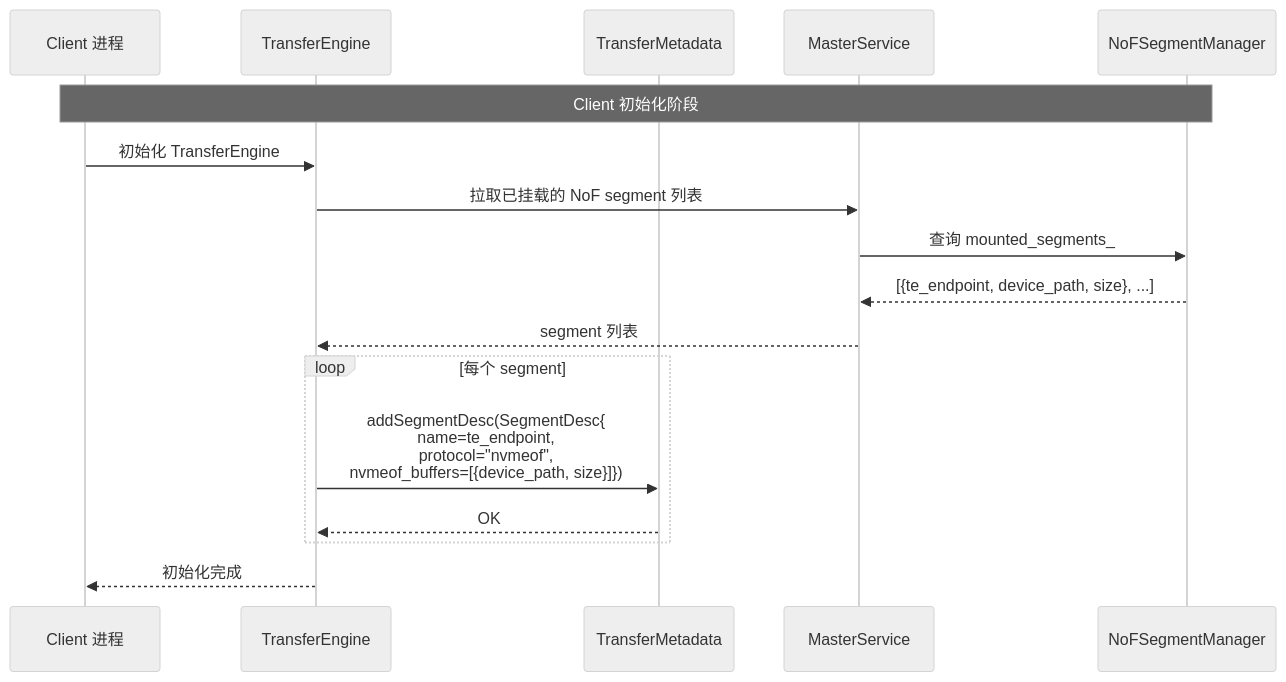
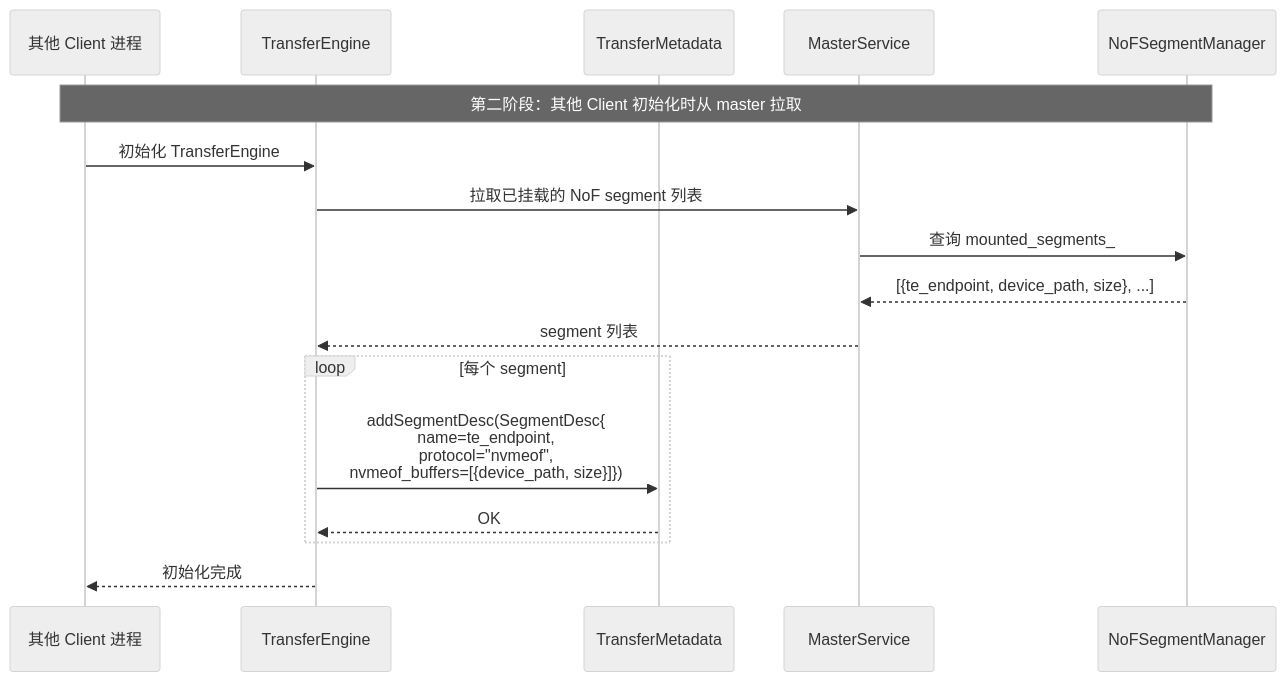
Before and after one commit to yz53665/Mooncake: diagram 15 of 18 in docs/rfc-nds-nvmeof-transport-cn.md, drawn with Mermaid (neutral theme). The commit also changed other lines of this file, not shown here.

````diff
--- a/docs/rfc-nds-nvmeof-transport-cn.md
+++ b/docs/rfc-nds-nvmeof-transport-cn.md
@@ -592,22 +657,22 @@
 ```mermaid
 sequenceDiagram
-    participant Client as Client 进程
+    participant Client as 其他 Client 进程
     participant TE as TransferEngine
     participant TM as TransferMetadata
     participant MS as MasterService
     participant NSM as NoFSegmentManager
 
-    Note over Client,NSM: Client 初始化阶段
+    Note over Client,NSM: 第二阶段：其他 Client 初始化时从 master 拉取
     Client->>TE: 初始化 TransferEngine
     TE->>MS: 拉取已挂载的 NoF segment 列表
     MS->>NSM: 查询 mounted_segments_
     NSM-->>MS: [{te_endpoint, device_path, size}, ...]
     MS-->>TE: segment 列表
 
     loop 每个 segment
         TE->>TM: addSegmentDesc(SegmentDesc{<br/>  name=te_endpoint,<br/>  protocol="nvmeof",<br/>  nvmeof_buffers=[{device_path, size}]})
         TM-->>TE: OK
     end
 
     TE-->>Client: 初始化完成
 ```
````
